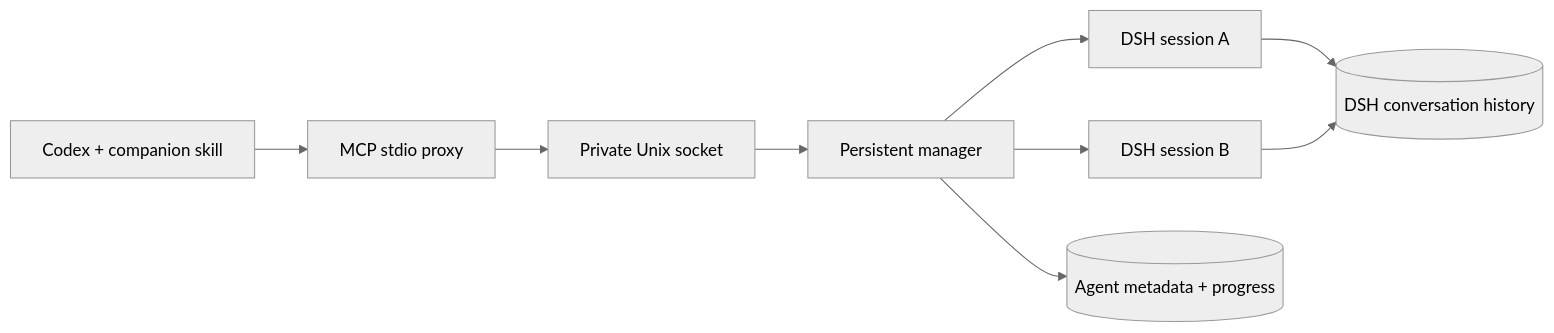
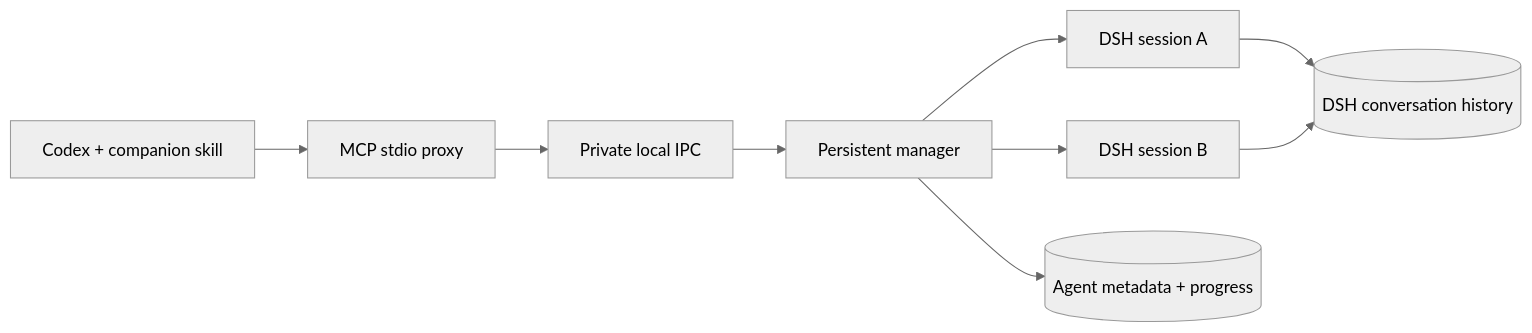
Before and after one commit to dqtz5vpvj9-create/dsh-subagent-mcp: the diagram in docs/architecture.md, drawn with Mermaid (neutral theme). The commit also changed other lines of this file and 6 other files, not shown here.

````diff
--- a/docs/architecture.md
+++ b/docs/architecture.md
@@ -4,11 +4,11 @@
 ```mermaid
 flowchart LR
     C[Codex + companion skill] --> P[MCP stdio proxy]
-    P --> S[Private Unix socket]
+    P --> S[Private local IPC]
     S --> M[Persistent manager]
     M --> A[DSH session A]
     M --> B[DSH session B]
     M --> DB[(Agent metadata + progress)]
     A --> H[(DSH conversation history)]
     B --> H
 ```
````
